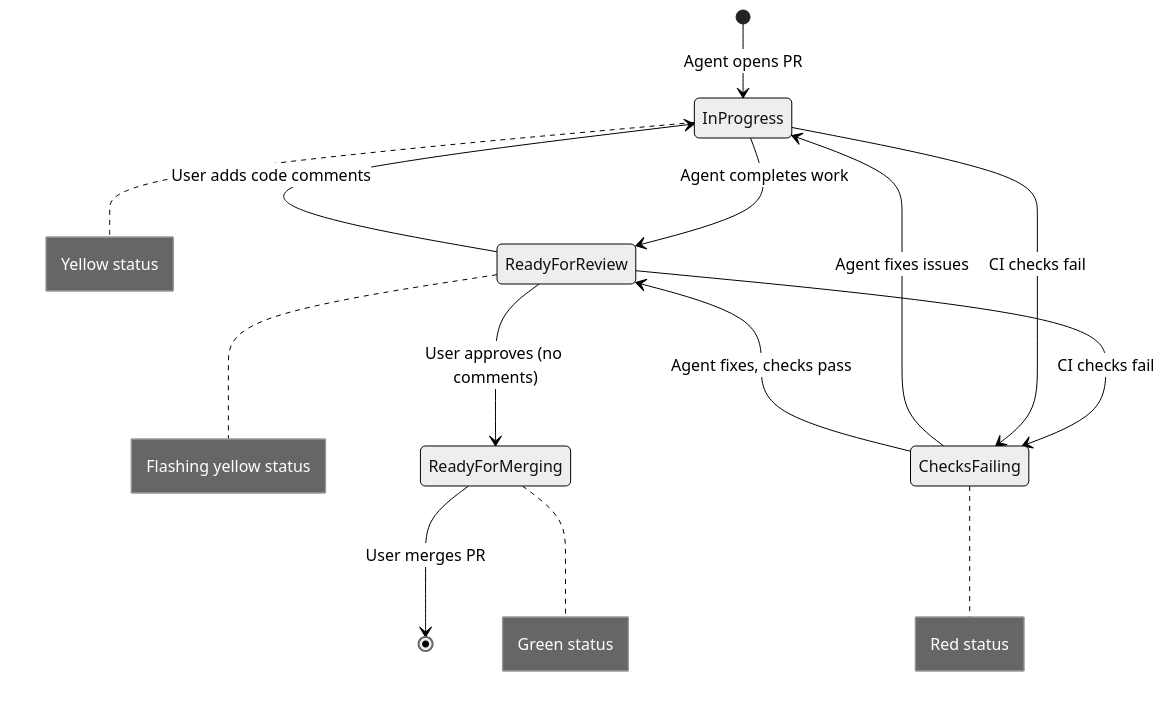
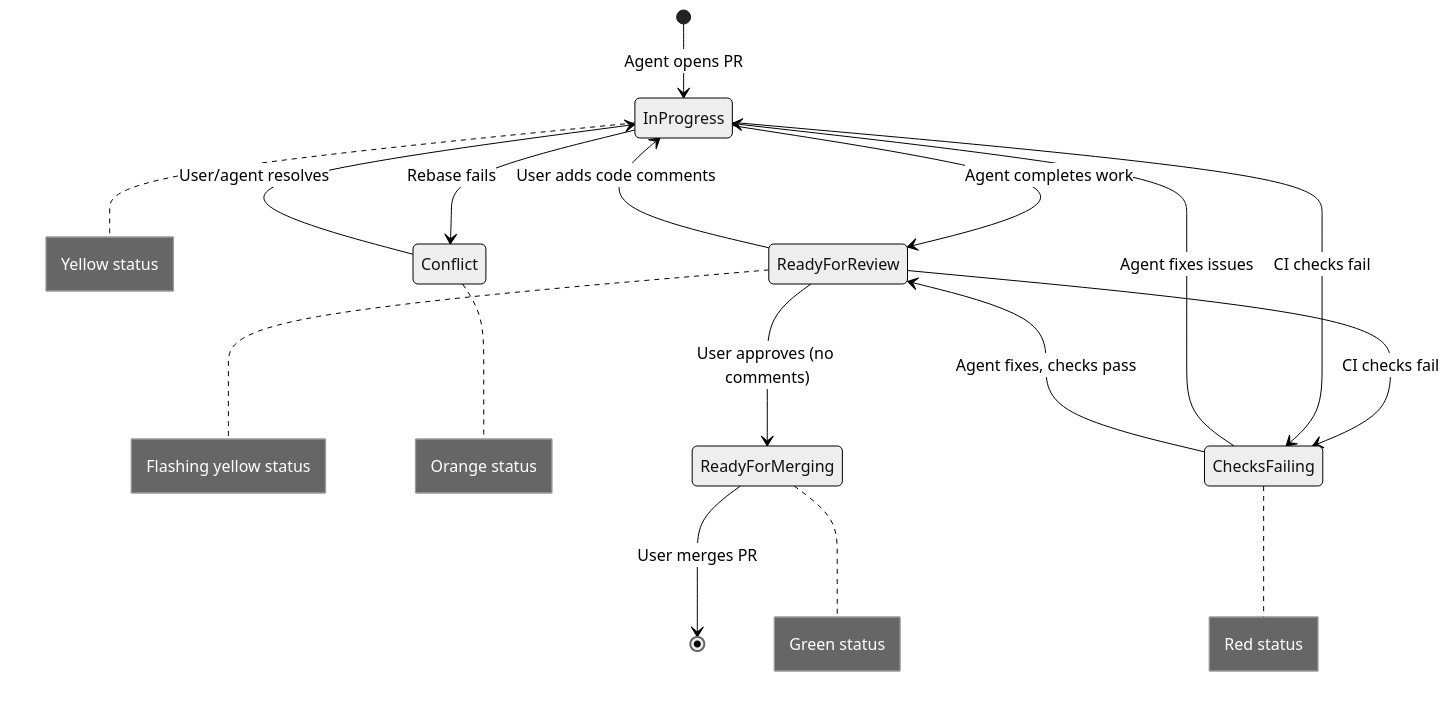
Before and after one commit to nick-boey/TreeAgent: the diagram in ROADMAP.md, drawn with Mermaid (neutral theme). The commit also changed other lines of this file and 2 other files, not shown here.

First line of the commit message:
Add Conflict status and finalize implementation decisions

````diff
--- a/ROADMAP.md
+++ b/ROADMAP.md
@@ -24,17 +24,20 @@
 ```mermaid
 stateDiagram-v2
     [*] --> InProgress : Agent opens PR
     InProgress --> ReadyForReview : Agent completes work
     ReadyForReview --> InProgress : User adds code comments
     ReadyForReview --> ChecksFailing : CI checks fail
     ChecksFailing --> InProgress : Agent fixes issues
     InProgress --> ChecksFailing : CI checks fail
     ReadyForReview --> ReadyForMerging : User approves (no comments)
     ChecksFailing --> ReadyForReview : Agent fixes, checks pass
     ReadyForMerging --> [*] : User merges PR
+    InProgress --> Conflict : Rebase fails
+    Conflict --> InProgress : User/agent resolves
 
     note right of InProgress : Yellow status
     note right of ReadyForReview : Flashing yellow status
     note right of ChecksFailing : Red status
+    note right of Conflict : Orange status
     note right of ReadyForMerging : Green status
 ```
````
